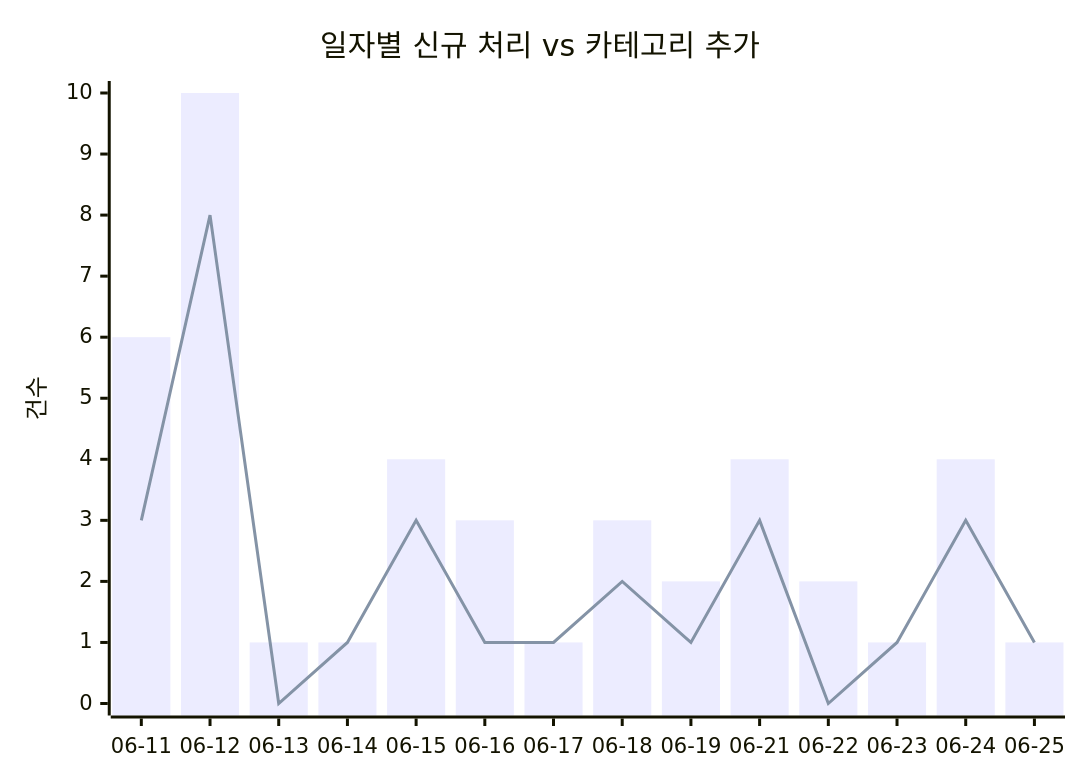
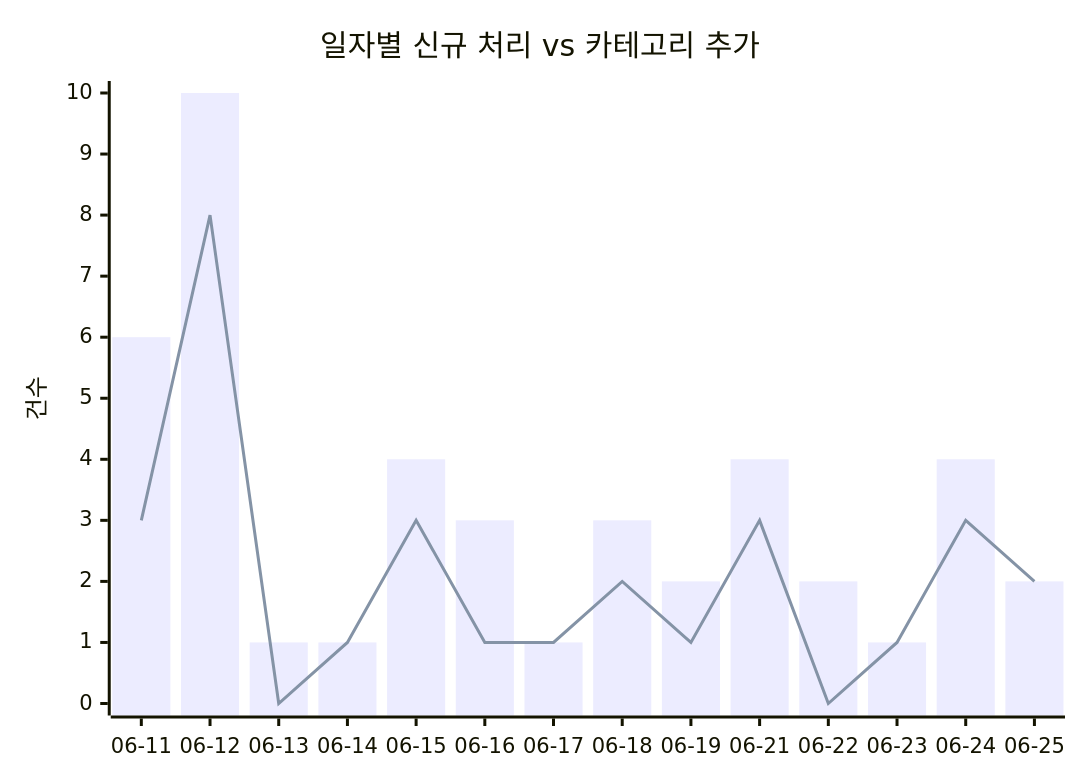
One commit to J-nowcow/awesome-korean-agent-skills changed the first of 2 diagrams in docs/trends.md. Above: the diagram before and after it, drawn with Mermaid. The commit also changed other lines of this file and 4 other files, not shown here.

````diff
--- a/docs/trends.md
+++ b/docs/trends.md
@@ -32,8 +32,8 @@
 ```mermaid
 xychart-beta
     title "일자별 신규 처리 vs 카테고리 추가"
     x-axis ["06-11","06-12","06-13","06-14","06-15","06-16","06-17","06-18","06-19","06-21","06-22","06-23","06-24","06-25"]
     y-axis "건수"
-    bar [6,10,1,1,4,3,1,3,2,4,2,1,4,1]
-    line [3,8,0,1,3,1,1,2,1,3,0,1,3,1]
+    bar [6,10,1,1,4,3,1,3,2,4,2,1,4,2]
+    line [3,8,0,1,3,1,1,2,1,3,0,1,3,2]
 ```
````
